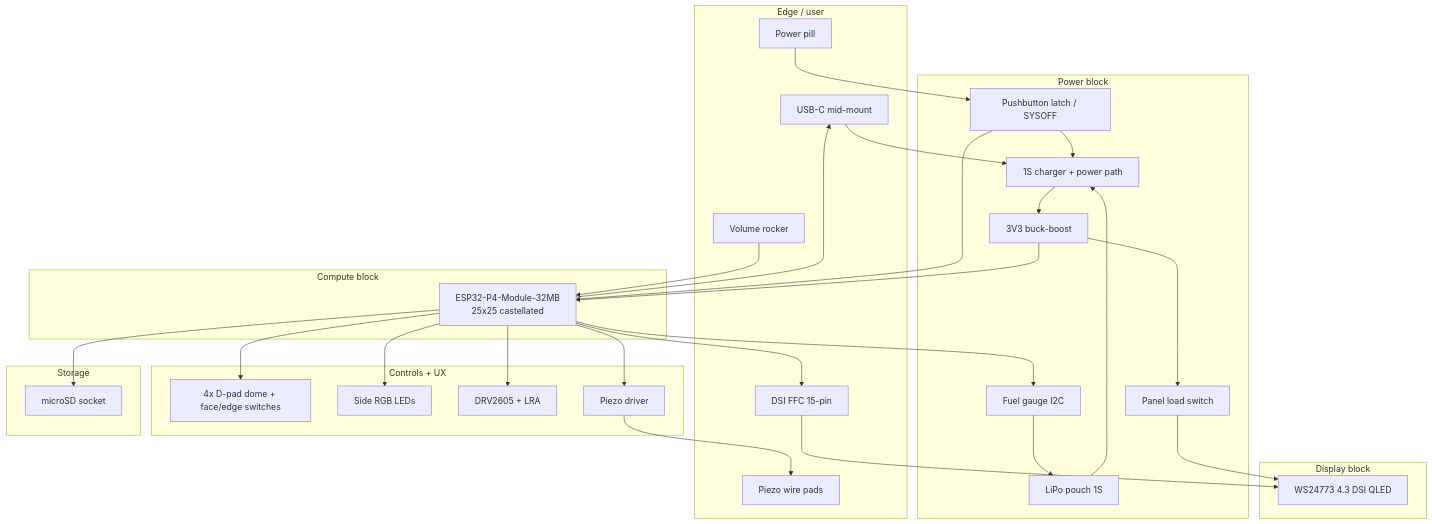
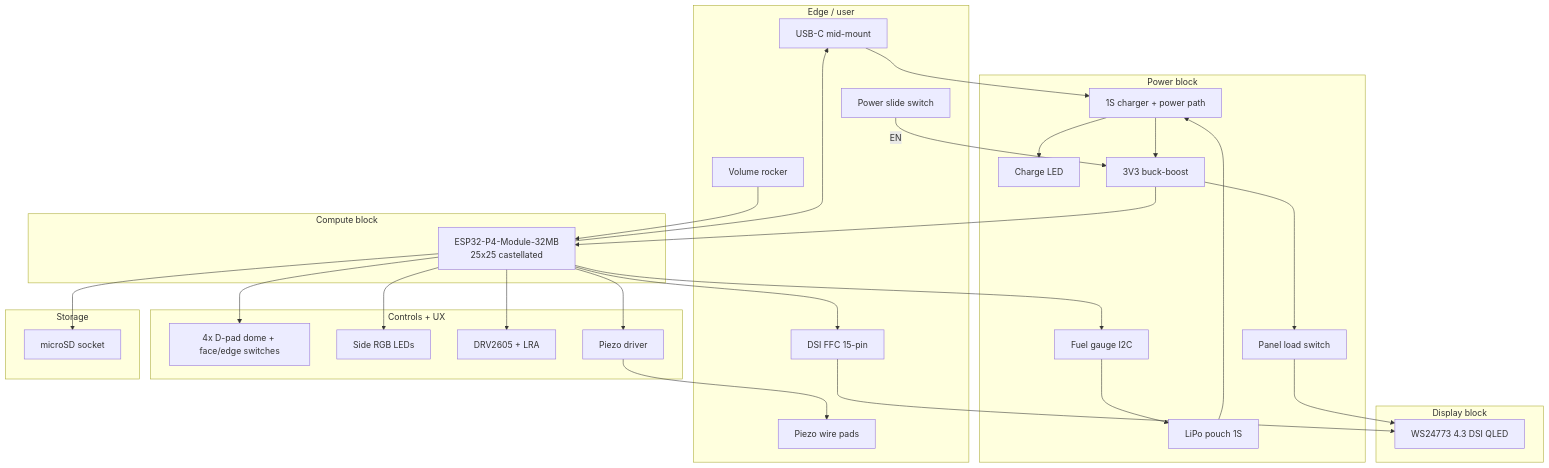
Before and after one commit to increpare/PuzzleScript-labs: the diagram in hardware/card/BLOCK_DIAGRAM.md, drawn with Mermaid. The commit also changed other lines of this file and 23 other files, not shown here.

First line of the commit message:
hardware: replace U7 power latch with a slide switch (hard off)

````diff
--- a/hardware/card/BLOCK_DIAGRAM.md
+++ b/hardware/card/BLOCK_DIAGRAM.md
@@ -11,60 +11,59 @@
 ```mermaid
 flowchart TB
     subgraph edge [Edge / user]
         USBC[USB-C mid-mount]
-        PWR[Power pill]
+        PWR[Power slide switch]
         VOL[Volume rocker]
         FFC[DSI FFC 15-pin]
         PIEZO_PADS[Piezo wire pads]
     end
 
     subgraph power [Power block]
-        LATCH[Pushbutton latch / SYSOFF]
         CHG[1S charger + power path]
+        CHGLED[Charge LED]
         GAUGE[Fuel gauge I2C]
         BUCK[3V3 buck-boost]
         PANEL_SW[Panel load switch]
         CELL[LiPo pouch 1S]
     end
 
     subgraph compute [Compute block]
         MOD[ESP32-P4-Module-32MB<br/>25x25 castellated]
     end
 
     subgraph display [Display block]
         PANEL[WS24773 4.3 DSI QLED]
     end
 
     subgraph io [Controls + UX]
         SW[4x D-pad dome + face/edge switches]
         RGB[Side RGB LEDs]
         LRA[DRV2605 + LRA]
         PZ_DRV[Piezo driver]
     end
 
     subgraph storage [Storage]
         SD[microSD socket]
     end
 
     USBC --> CHG
     CELL --> CHG
-    PWR --> LATCH
-    LATCH --> CHG
-    LATCH --> MOD
+    CHG --> CHGLED
+    PWR -->|EN| BUCK
     CHG --> BUCK
     BUCK --> MOD
     BUCK --> PANEL_SW
     PANEL_SW --> PANEL
     GAUGE --> CELL
     MOD --> GAUGE
     MOD --> FFC
     FFC --> PANEL
     MOD --> SW
     MOD --> RGB
     MOD --> LRA
     MOD --> PZ_DRV
     PZ_DRV --> PIEZO_PADS
     MOD --> SD
     MOD --> USBC
     VOL --> MOD
 ```
````
